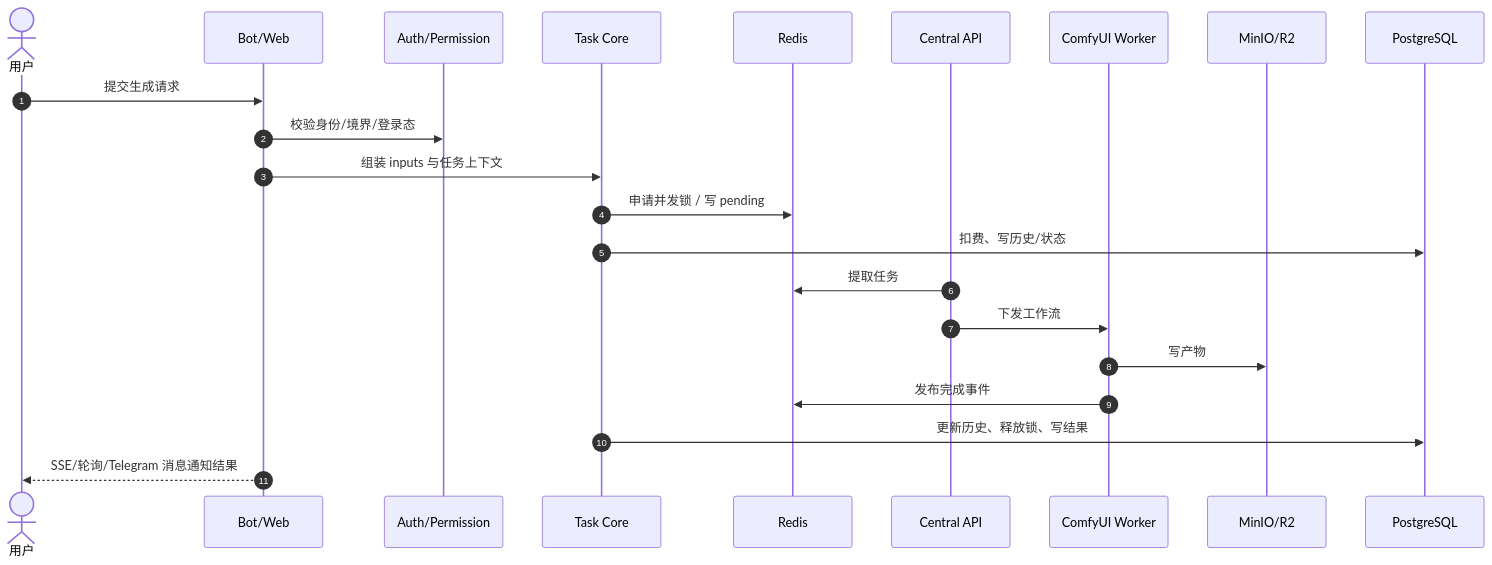
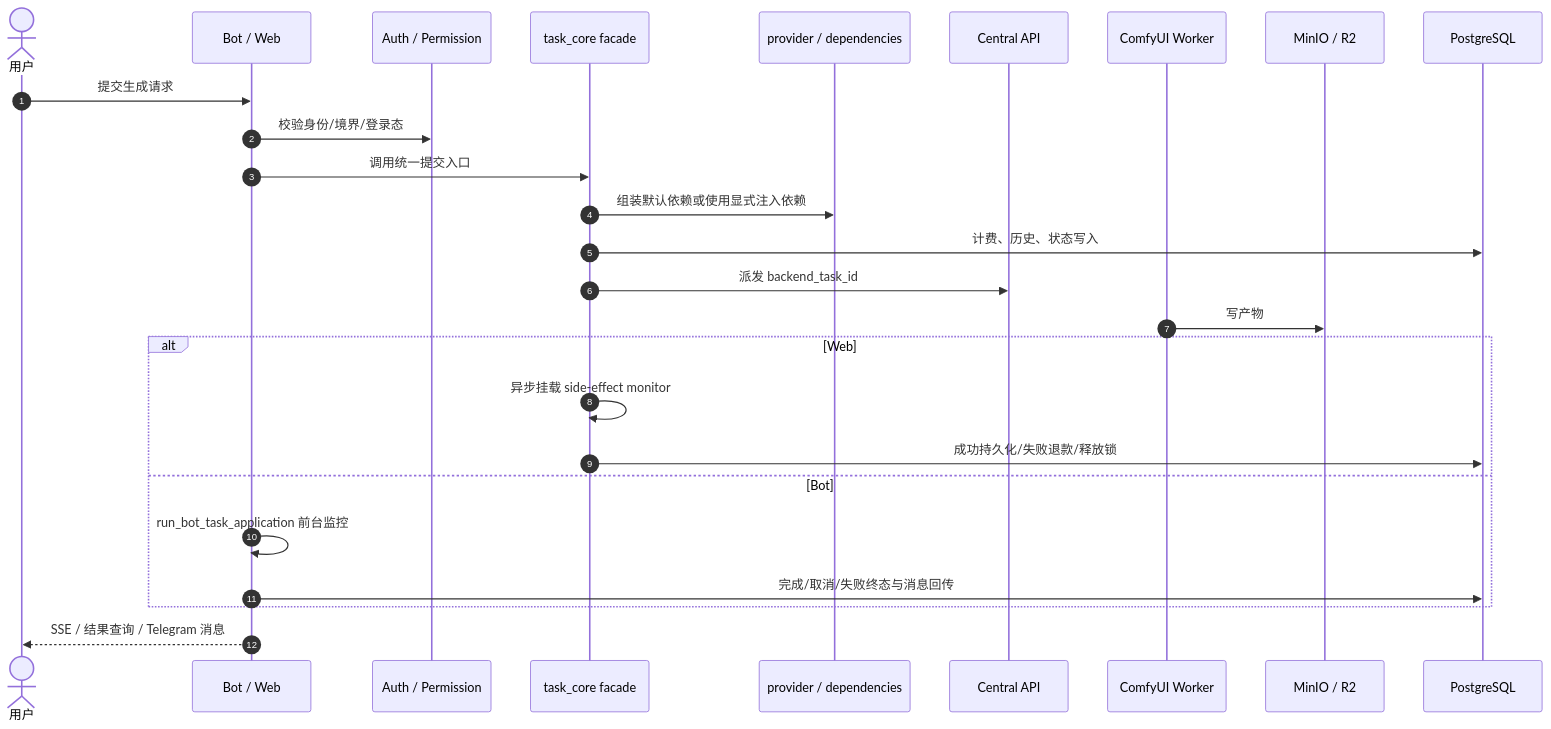
The second of 2 diagrams in docs/system_architecture_report.md (giraffu/All_bot), drawn with Mermaid before and after one commit. The commit also changed other lines of this file and 22 other files, not shown here.

````diff
--- a/docs/system_architecture_report.md
+++ b/docs/system_architecture_report.md
@@ -122,25 +116,29 @@
 ```mermaid
 sequenceDiagram
     autonumber
     actor U as 用户
-    participant Entry as Bot/Web
-    participant Auth as Auth/Permission
-    participant Task as Task Core
-    participant Redis as Redis
+    participant Entry as Bot / Web
+    participant Auth as Auth / Permission
+    participant Facade as task_core facade
+    participant Deps as provider / dependencies
     participant Central as Central API
     participant Worker as ComfyUI Worker
-    participant Store as MinIO/R2
+    participant Store as MinIO / R2
     participant PG as PostgreSQL
 
     U->>Entry: 提交生成请求
     Entry->>Auth: 校验身份/境界/登录态
-    Entry->>Task: 组装 inputs 与任务上下文
-    Task->>Redis: 申请并发锁 / 写 pending
-    Task->>PG: 扣费、写历史/状态
-    Central->>Redis: 提取任务
-    Central->>Worker: 下发工作流
+    Entry->>Facade: 调用统一提交入口
+    Facade->>Deps: 组装默认依赖或使用显式注入依赖
+    Facade->>PG: 计费、历史、状态写入
+    Facade->>Central: 派发 backend_task_id
     Worker->>Store: 写产物
-    Worker->>Redis: 发布完成事件
-    Task->>PG: 更新历史、释放锁、写结果
-    Entry-->>U: SSE/轮询/Telegram 消息通知结果
+    alt Web
+        Facade->>Facade: 异步挂载 side-effect monitor
+        Facade->>PG: 成功持久化/失败退款/释放锁
+    else Bot
+        Entry->>Entry: run_bot_task_application 前台监控
+        Entry->>PG: 完成/取消/失败终态与消息回传
+    end
+    Entry-->>U: SSE / 结果查询 / Telegram 消息
 ```
````
